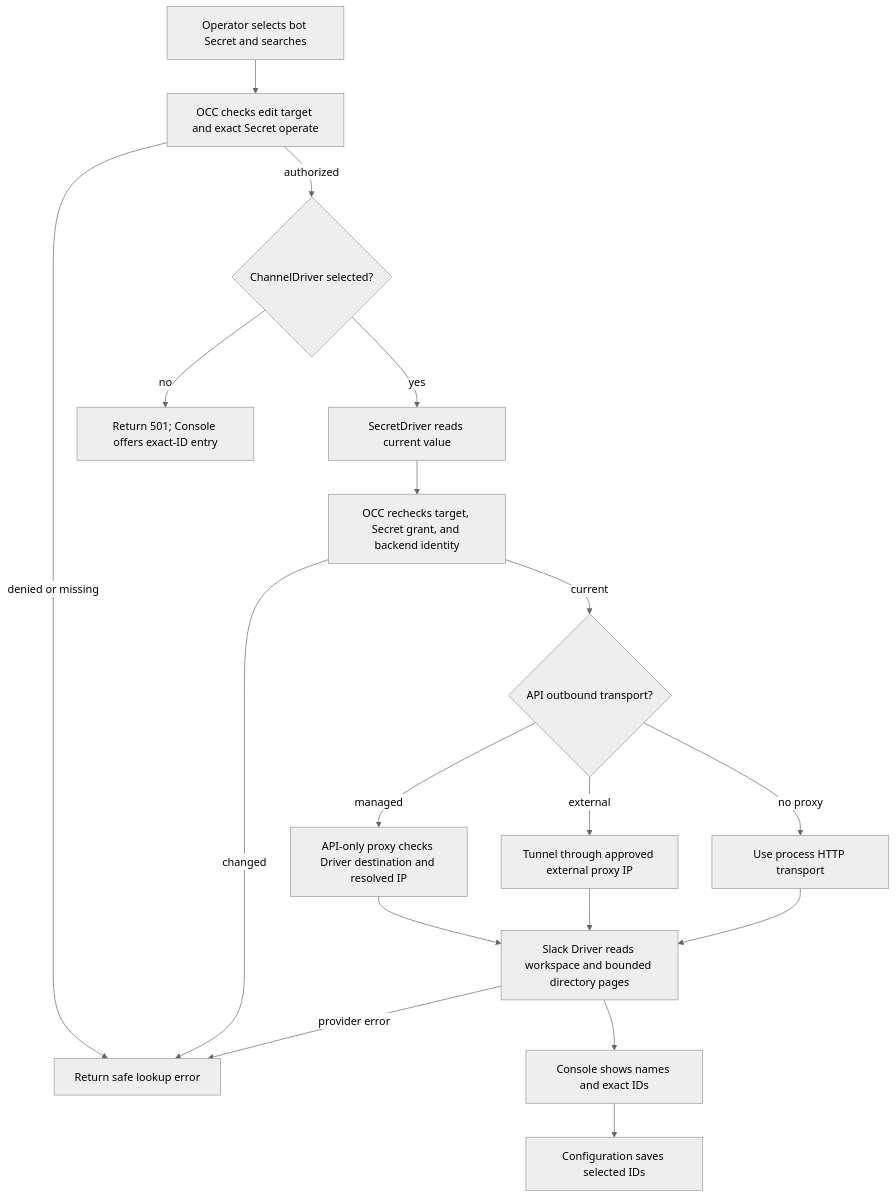
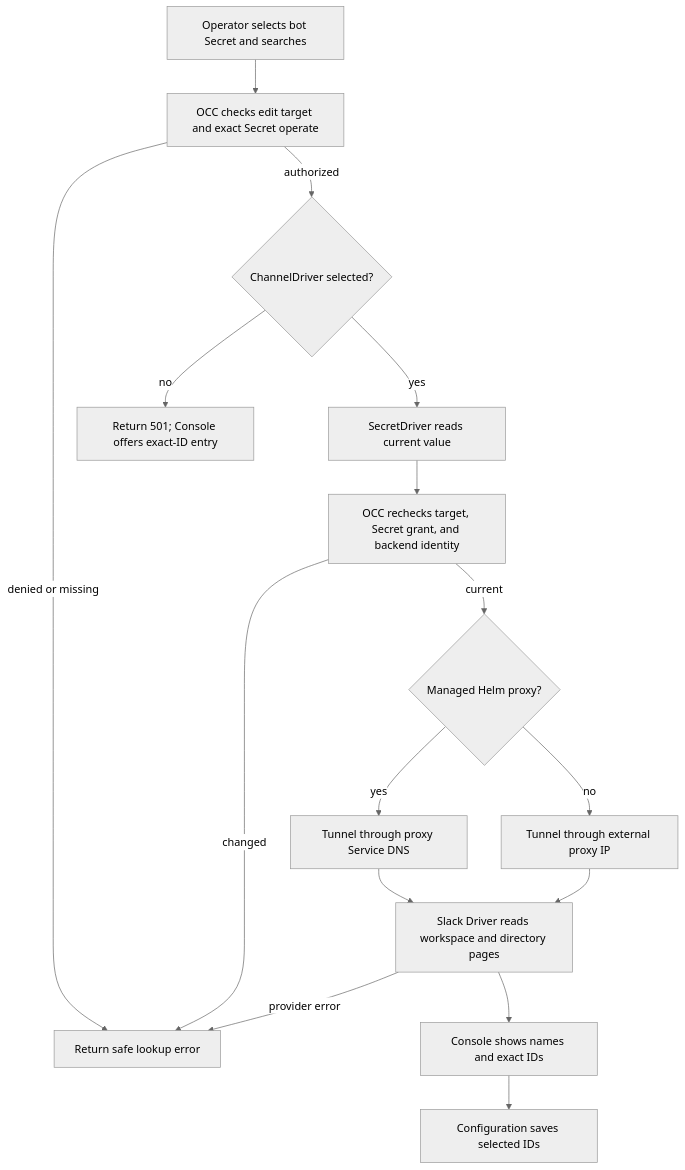
One commit to raw-labs/openclaw-enterprise changed the diagram in docs/flows/agent-channel-directory.md. Above: the diagram before and after it, drawn with Mermaid (neutral theme). The commit also changed other lines of this file and 132 other files, not shown here.

````diff
--- a/docs/flows/agent-channel-directory.md
+++ b/docs/flows/agent-channel-directory.md
@@ -31,20 +31,18 @@
 ```mermaid
 graph TD
   A["Operator selects bot Secret and searches"] --> B["OCC checks edit target and exact Secret operate"]
   B -->|denied or missing| X["Return safe lookup error"]
   B -->|authorized| P{"ChannelDriver selected?"}
   P -->|no| U["Return 501; Console offers exact-ID entry"]
   P -->|yes| C["SecretDriver reads current value"]
   C --> D["OCC rechecks target, Secret grant, and backend identity"]
   D -->|changed| X
-  D -->|current| M{"API outbound transport?"}
-  M -->|managed| H["API-only proxy checks Driver destination and resolved IP"]
-  M -->|external| I["Tunnel through approved external proxy IP"]
-  M -->|no proxy| R["Use process HTTP transport"]
-  H --> E["Slack Driver reads workspace and bounded directory pages"]
+  D -->|current| M{"Managed Helm proxy?"}
+  M -->|yes| H["Tunnel through proxy Service DNS"]
+  M -->|no| I["Tunnel through external proxy IP"]
+  H --> E["Slack Driver reads workspace and directory pages"]
   I --> E
-  R --> E
   E -->|provider error| X
   E --> F["Console shows names and exact IDs"]
   F --> G["Configuration saves selected IDs"]
 ```
````
